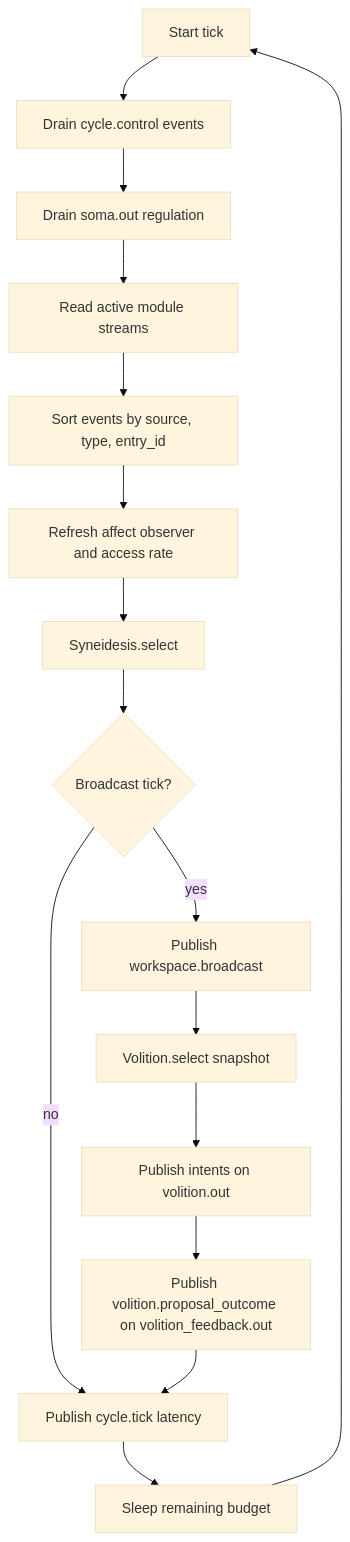
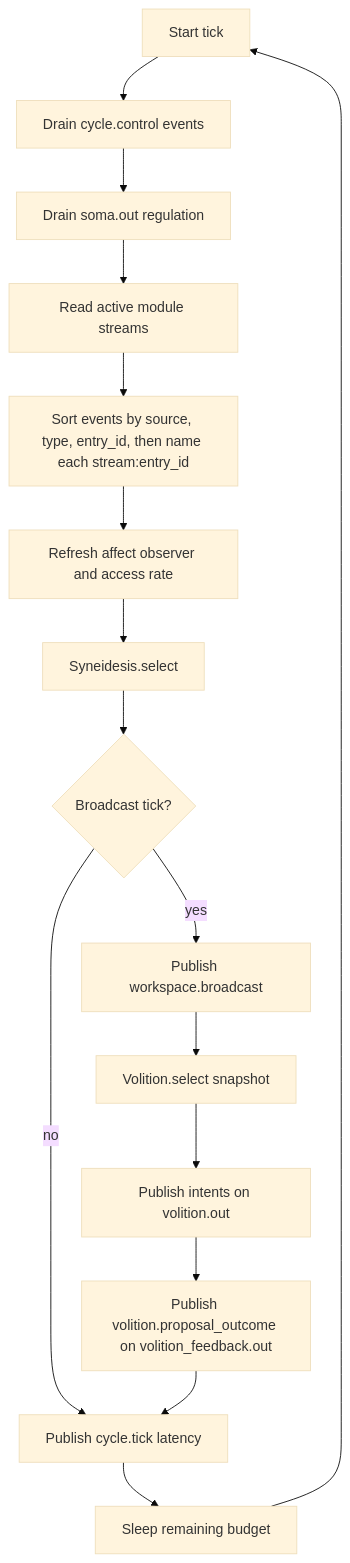
One commit to kaineone/kaine changed the first of 2 diagrams in docs/08-cognitive-cycle/README.md. Above: the diagram before and after it, drawn with Mermaid (base theme). The commit also changed other lines of this file and 13 other files, not shown here.

First line of the commit message:
Key each candidate's score by its stream and bus entry id

````diff
--- a/docs/08-cognitive-cycle/README.md
+++ b/docs/08-cognitive-cycle/README.md
@@ -83,18 +83,18 @@
 ```mermaid
 flowchart TD
     A[Start tick] --> B[Drain cycle.control events]
     B --> C[Drain soma.out regulation]
     C --> D[Read active module streams]
-    D --> E[Sort events by source, type, entry_id]
+    D --> E["Sort events by source, type, entry_id, then name each stream:entry_id"]
     E --> F[Refresh affect observer and access rate]
     F --> G[Syneidesis.select]
     G --> H{Broadcast tick?}
     H -- no --> O[Publish cycle.tick latency]
     H -- yes --> I[Publish workspace.broadcast]
     I --> J[Volition.select snapshot]
     J --> K[Publish intents on volition.out]
     K --> L[Publish volition.proposal_outcome on volition_feedback.out]
     L --> O
     O --> P[Sleep remaining budget]
     P --> A
 ```
````
